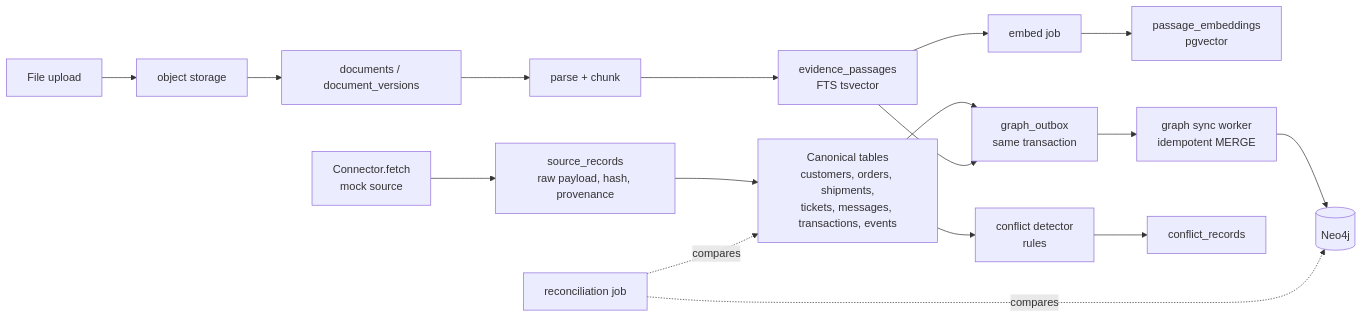
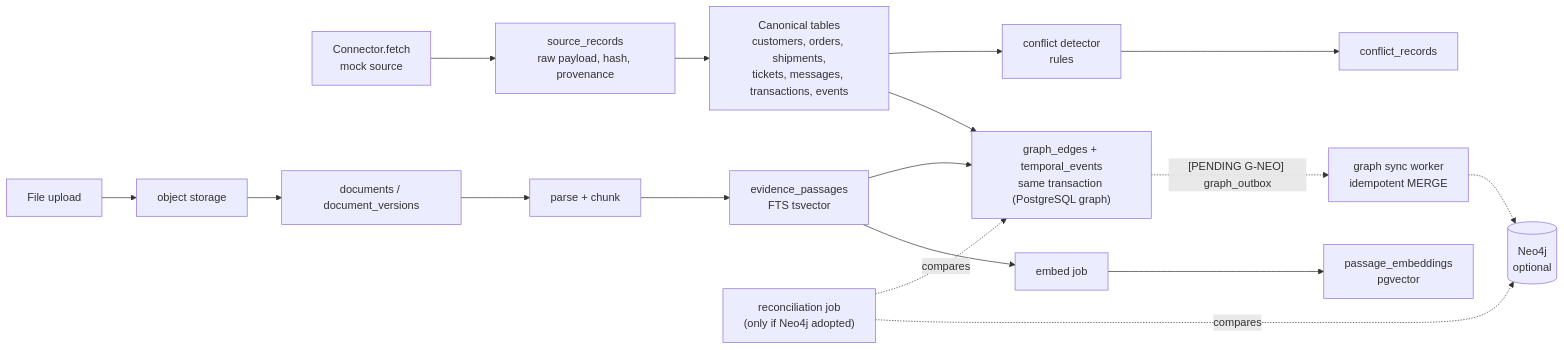
One commit to moamedmer68-commits/Servio changed the fourth of 8 diagrams in docs/planning/MASTER_PLAN.md. Above: the diagram before and after it, drawn with Mermaid. The commit also changed other lines of this file and 1 other file, not shown here.

````diff
--- a/docs/planning/MASTER_PLAN.md
+++ b/docs/planning/MASTER_PLAN.md
@@ -388,14 +786,14 @@
 ```mermaid
 flowchart LR
     C["Connector.fetch<br/>mock source"] --> RAW["source_records<br/>raw payload, hash, provenance"]
     UP["File upload"] --> OBJ["object storage"] --> DOC["documents / document_versions"]
     RAW --> CAN["Canonical tables<br/>customers, orders, shipments,<br/>tickets, messages, transactions, events"]
     DOC --> PARSE["parse + chunk"] --> PAS["evidence_passages<br/>FTS tsvector"]
     PAS --> EMB["embed job"] --> VEC["passage_embeddings<br/>pgvector"]
-    CAN --> OUT["graph_outbox<br/>same transaction"]
-    PAS --> OUT
-    OUT --> SYNC["graph sync worker<br/>idempotent MERGE"] --> NEO[("Neo4j")]
+    CAN --> EDG["graph_edges + temporal_events<br/>same transaction (PostgreSQL graph)"]
+    PAS --> EDG
     CAN --> CONF["conflict detector<br/>rules"] --> CR["conflict_records"]
-    REC["reconciliation job"] -. compares .-> NEO
-    REC -. compares .-> CAN
+    EDG -. "[PENDING G-NEO] graph_outbox" .-> SYNC["graph sync worker<br/>idempotent MERGE"] -.-> NEO[("Neo4j<br/>optional")]
+    REC["reconciliation job<br/>(only if Neo4j adopted)"] -. compares .-> NEO
+    REC -. compares .-> EDG
 ```
````
